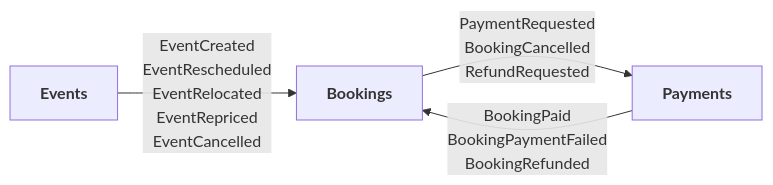
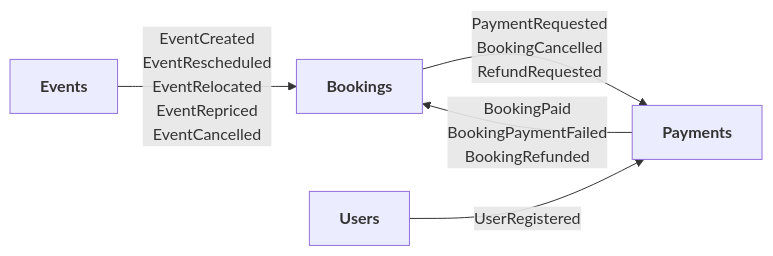
One commit to akmgr5544/TicketMaster changed the second of 3 diagrams in README.md. Above: the diagram before and after it, drawn with Mermaid. The commit also changed other lines of this file and 11 other files, not shown here.

````diff
--- a/README.md
+++ b/README.md
@@ -81,10 +82,13 @@
 ```mermaid
 flowchart LR
     events["<b>Events</b>"]
     bookings["<b>Bookings</b>"]
     payments["<b>Payments</b>"]
 
+    users["<b>Users</b>"]
+
     events -- "EventCreated<br/>EventRescheduled<br/>EventRelocated<br/>EventRepriced<br/>EventCancelled" --> bookings
     bookings -- "PaymentRequested<br/>BookingCancelled<br/>RefundRequested" --> payments
     payments -- "BookingPaid<br/>BookingPaymentFailed<br/>BookingRefunded" --> bookings
+    users -- "UserRegistered" --> payments
 ```
````
